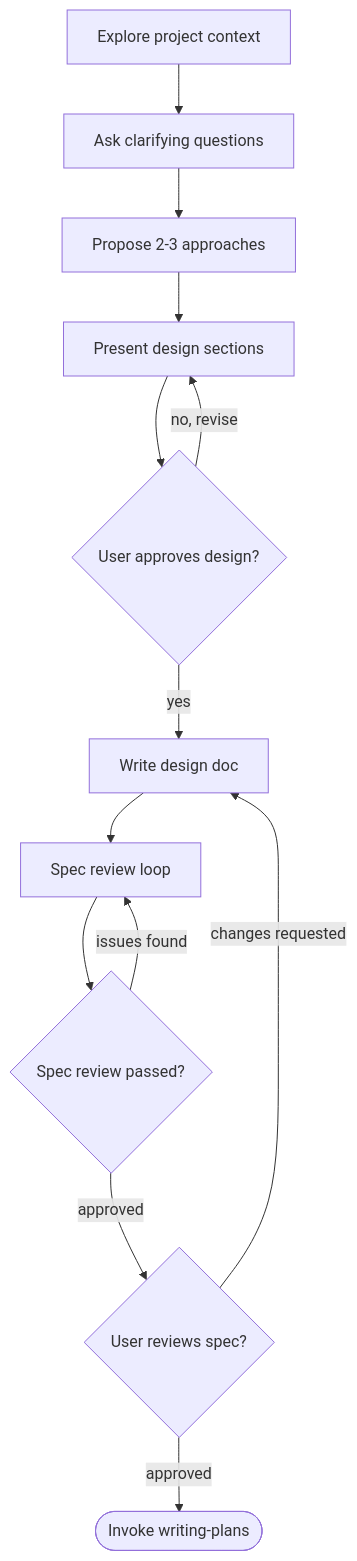
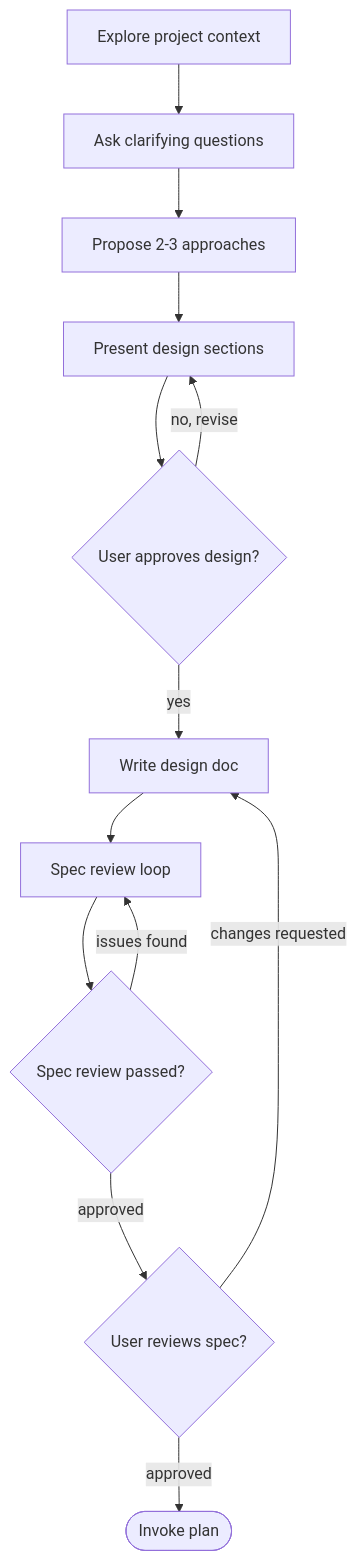
Before and after one commit to CXwudi/agent-config: the diagram in skills/brainstorming/SKILL.md, drawn with Mermaid. The commit also changed other lines of this file and 7 other files, not shown here.

First line of the commit message:
♻️ refactor(skills): rename writing-plans to plan

````diff
--- a/skills/brainstorming/SKILL.md
+++ b/skills/brainstorming/SKILL.md
@@ -53,15 +53,15 @@
 ```mermaid
 flowchart TD
   A["Explore project context"] --> B["Ask clarifying questions"]
   B --> C["Propose 2-3 approaches"]
   C --> D["Present design sections"]
   D --> E{"User approves design?"}
   E -- "no, revise" --> D
   E -- yes --> F["Write design doc"]
   F --> G["Spec review loop"]
   G --> H{"Spec review passed?"}
   H -- "issues found" --> G
   H -- approved --> I{"User reviews spec?"}
   I -- "changes requested" --> F
-  I -- approved --> J(["Invoke writing-plans"])
+  I -- approved --> J(["Invoke plan"])
 ```
````
